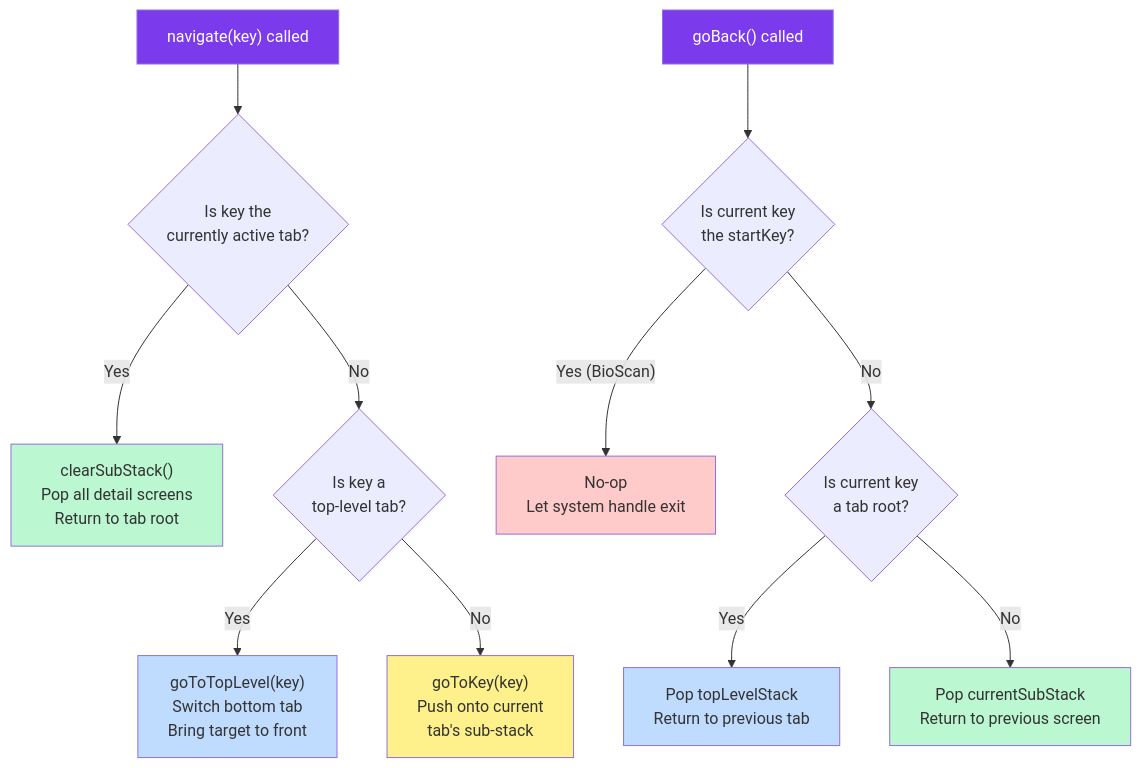
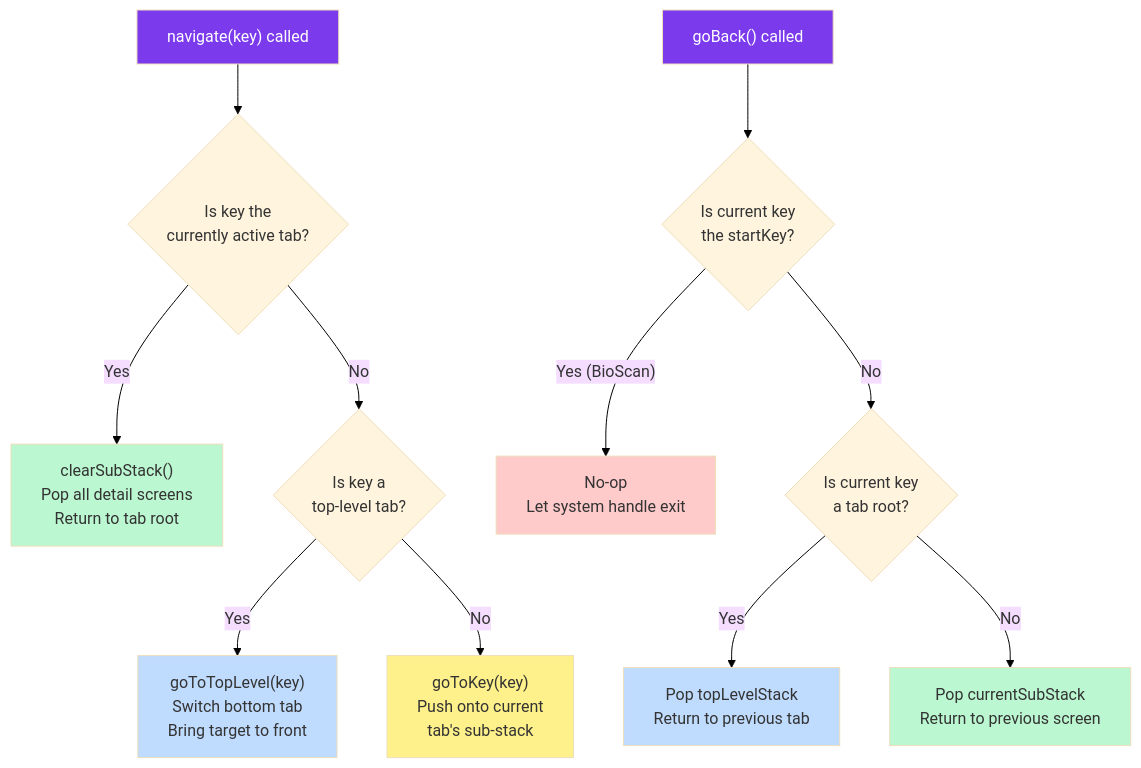
One commit to vikas-kmr1/Medyo changed the sixth of 12 diagrams in medyo_module_graphs.md. Above: the diagram before and after it, drawn with Mermaid. The commit also changed other lines of this file, not shown here.

First line of the commit message:
docs: update mermaid diagrams with explicit white background theme

````diff
--- a/medyo_module_graphs.md
+++ b/medyo_module_graphs.md
@@ -297,23 +303,24 @@
 ```mermaid
+%%{init: {'theme': 'base', 'themeVariables': { 'background': '#ffffff' }}}%%
 flowchart TD
     A["navigate(key) called"] --> B{Is key the\ncurrently active tab?}
     B -->|Yes| C["clearSubStack()\nPop all detail screens\nReturn to tab root"]
     B -->|No| D{Is key a\ntop-level tab?}
     D -->|Yes| E["goToTopLevel(key)\nSwitch bottom tab\nBring target to front"]
     D -->|No| F["goToKey(key)\nPush onto current\ntab's sub-stack"]
 
     G["goBack() called"] --> H{Is current key\nthe startKey?}
     H -->|"Yes (BioScan)"| I["No-op\nLet system handle exit"]
     H -->|No| J{Is current key\na tab root?}
     J -->|Yes| K["Pop topLevelStack\nReturn to previous tab"]
     J -->|No| L["Pop currentSubStack\nReturn to previous screen"]
 
     style A fill:#7c3aed,color:#fff
     style G fill:#7c3aed,color:#fff
     style C fill:#bbf7d0
     style E fill:#bfdbfe
     style F fill:#fef08a
     style I fill:#fecaca
     style K fill:#bfdbfe
     style L fill:#bbf7d0
 ```
````
